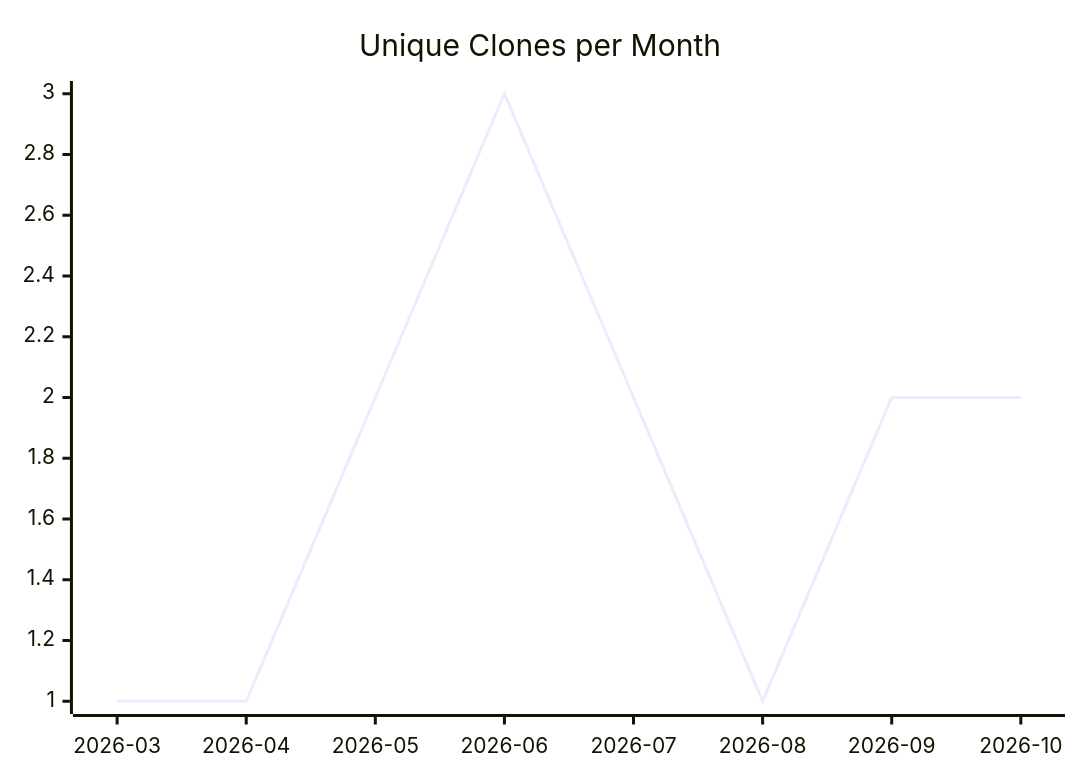
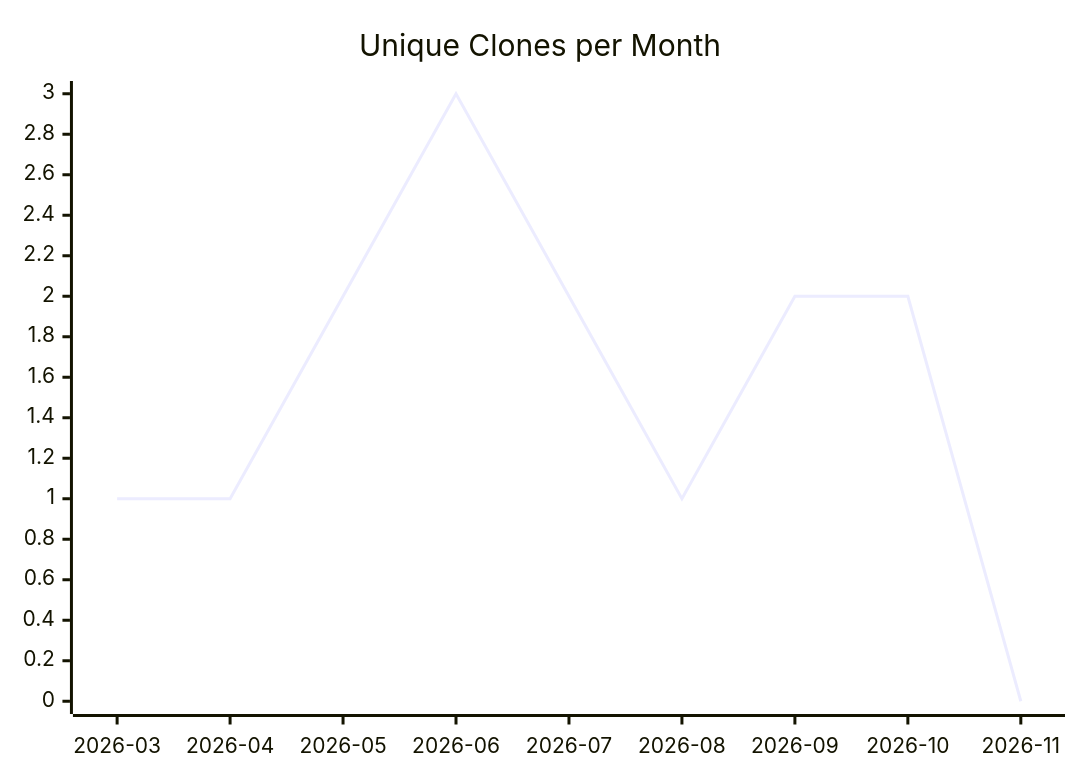
One commit to justdavis-family/github-analytics-data changed the third of 3 diagrams in karlmdavis/ansible-role-acmetool/README.md. Above: the diagram before and after it, drawn with Mermaid. The commit also changed other lines of this file and 201 other files, not shown here.

````diff
--- a/karlmdavis/ansible-role-acmetool/README.md
+++ b/karlmdavis/ansible-role-acmetool/README.md
@@ -19,6 +19,6 @@
 ```mermaid
 xychart-beta
   title "Unique Clones per Month"
-  x-axis ["2026-03", "2026-04", "2026-05", "2026-06", "2026-07", "2026-08", "2026-09", "2026-10"]
-  line [1, 1, 2, 3, 2, 1, 2, 2]
+  x-axis ["2026-03", "2026-04", "2026-05", "2026-06", "2026-07", "2026-08", "2026-09", "2026-10", "2026-11"]
+  line [1, 1, 2, 3, 2, 1, 2, 2, 0]
 ```
````
